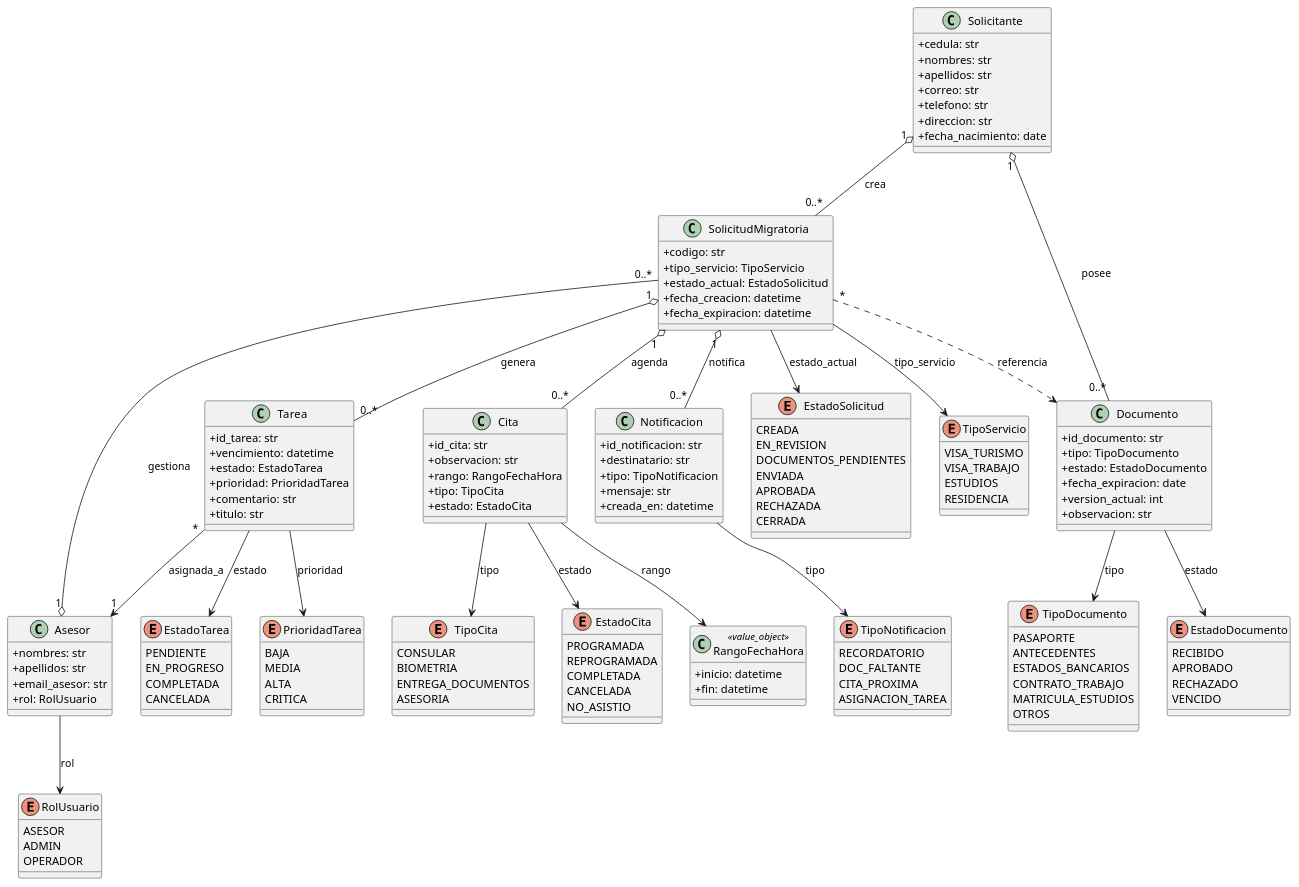
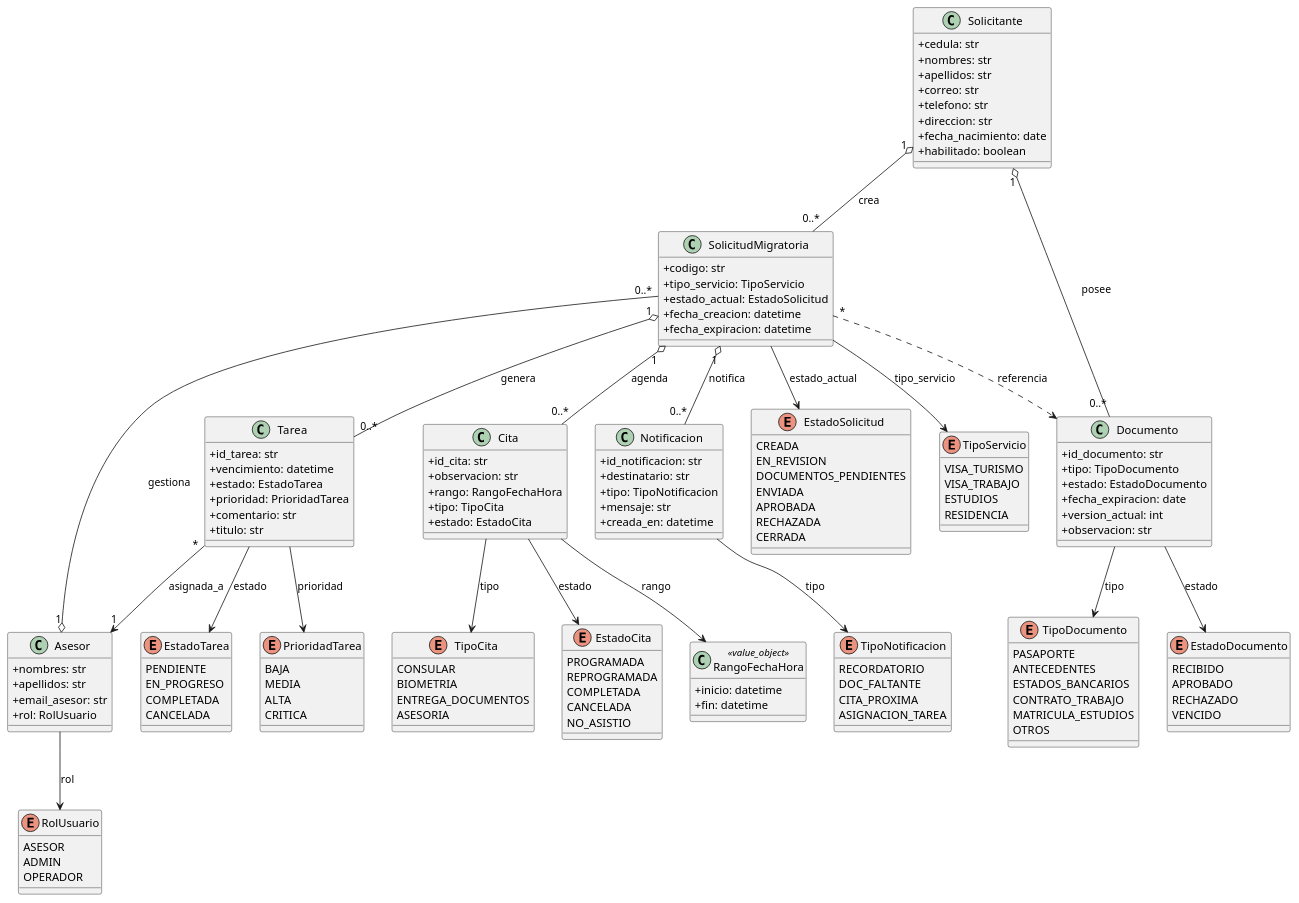
The diagram in docs/DiagramaDeClases.puml (Zooval/SGPM), drawn with PlantUML before and after one commit. The commit also changed 3 other files, not shown here.

```diff
--- a/docs/DiagramaDeClases.puml
+++ b/docs/DiagramaDeClases.puml
@@ -1,181 +1,182 @@
 @startuml
 ' https://plantuml.com/class-diagram
 
 skinparam classAttributeIconSize 0
 
 ' ===== Value Objects / Tipos =====
 class RangoFechaHora <<value_object>> {
   +inicio: datetime
   +fin: datetime
 }
 
 ' ===== Clases =====
 class Solicitante {
   +cedula: str
   +nombres: str
   +apellidos: str
   +correo: str
   +telefono: str
   +direccion: str
   +fecha_nacimiento: date
+  +habilitado: boolean
 }
 
 class Asesor {
   +nombres: str
   +apellidos: str
   +email_asesor: str
   +rol: RolUsuario
 }
 
 class SolicitudMigratoria {
   +codigo: str
   +tipo_servicio: TipoServicio
   +estado_actual: EstadoSolicitud
   +fecha_creacion: datetime
   +fecha_expiracion: datetime
 }
 
 class Documento {
   +id_documento: str
   +tipo: TipoDocumento
   +estado: EstadoDocumento
   +fecha_expiracion: date
   +version_actual: int
   +observacion: str
 }
 
 class Cita {
   +id_cita: str
   +observacion: str
   +rango: RangoFechaHora
   +tipo: TipoCita
   +estado: EstadoCita
 }
 
 class Tarea {
   +id_tarea: str
   +vencimiento: datetime
   +estado: EstadoTarea
   +prioridad: PrioridadTarea
   +comentario: str
   +titulo: str
 }
 
 class Notificacion {
   +id_notificacion: str
   +destinatario: str
   +tipo: TipoNotificacion
   +mensaje: str
   +creada_en: datetime
 }
 
 ' ===== Relaciones (negocio) =====
 Solicitante "1" o-- "0..*" Documento : posee
 Solicitante "1" o-- "0..*" SolicitudMigratoria : crea
 
 Asesor "1" o-- "0..*" SolicitudMigratoria : gestiona
 
 SolicitudMigratoria "1" o-- "0..*" Cita : agenda
 SolicitudMigratoria "1" o-- "0..*" Tarea : genera
 SolicitudMigratoria "1" o-- "0..*" Notificacion : notifica
 
 Tarea "*" --> "1" Asesor : asignada_a
 
 ' (Opcional) La solicitud referencia docs del solicitante (no los posee)
 SolicitudMigratoria "*" ..> Documento : referencia
 
 ' ===== Enums =====
 enum RolUsuario {
   ASESOR
   ADMIN
   OPERADOR
 }
 
 enum EstadoSolicitud {
   CREADA
   EN_REVISION
   DOCUMENTOS_PENDIENTES
   ENVIADA
   APROBADA
   RECHAZADA
   CERRADA
 }
 
 enum TipoServicio {
   VISA_TURISMO
   VISA_TRABAJO
   ESTUDIOS
   RESIDENCIA
 }
 
 enum TipoDocumento {
   PASAPORTE
   ANTECEDENTES
   ESTADOS_BANCARIOS
   CONTRATO_TRABAJO
   MATRICULA_ESTUDIOS
   OTROS
 }
 
 enum EstadoDocumento {
   RECIBIDO
   APROBADO
   RECHAZADO
   VENCIDO
 }
 
 enum EstadoTarea {
   PENDIENTE
   EN_PROGRESO
   COMPLETADA
   CANCELADA
 }
 
 enum PrioridadTarea {
   BAJA
   MEDIA
   ALTA
   CRITICA
 }
 
 enum TipoCita {
   CONSULAR
   BIOMETRIA
   ENTREGA_DOCUMENTOS
   ASESORIA
 }
 
 enum EstadoCita {
   PROGRAMADA
   REPROGRAMADA
   COMPLETADA
   CANCELADA
   NO_ASISTIO
 }
 
 enum TipoNotificacion {
   RECORDATORIO
   DOC_FALTANTE
   CITA_PROXIMA
   ASIGNACION_TAREA
 }
 
 ' ===== Unir enums con las clases que los "tienen" =====
 Asesor --> RolUsuario : rol
 
 SolicitudMigratoria --> TipoServicio : tipo_servicio
 SolicitudMigratoria --> EstadoSolicitud : estado_actual
 
 Documento --> TipoDocumento : tipo
 Documento --> EstadoDocumento : estado
 
 Cita --> TipoCita : tipo
 Cita --> EstadoCita : estado
 Cita --> RangoFechaHora : rango
 
 Tarea --> EstadoTarea : estado
 Tarea --> PrioridadTarea : prioridad
 
 Notificacion --> TipoNotificacion : tipo
 
 @enduml
```
